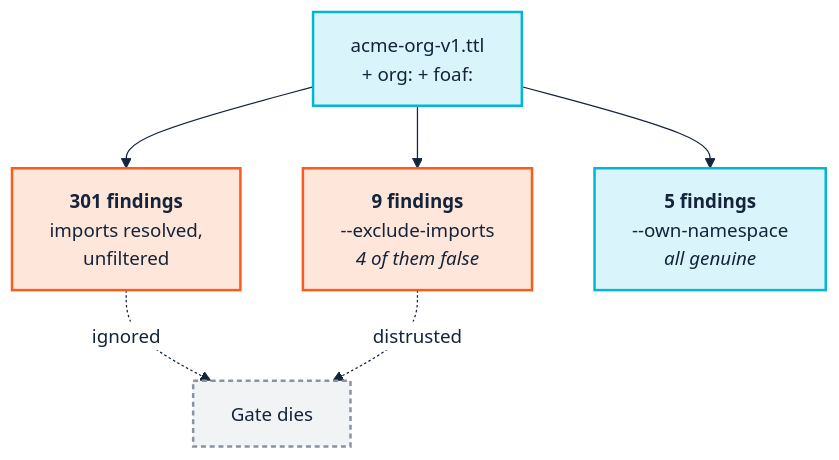
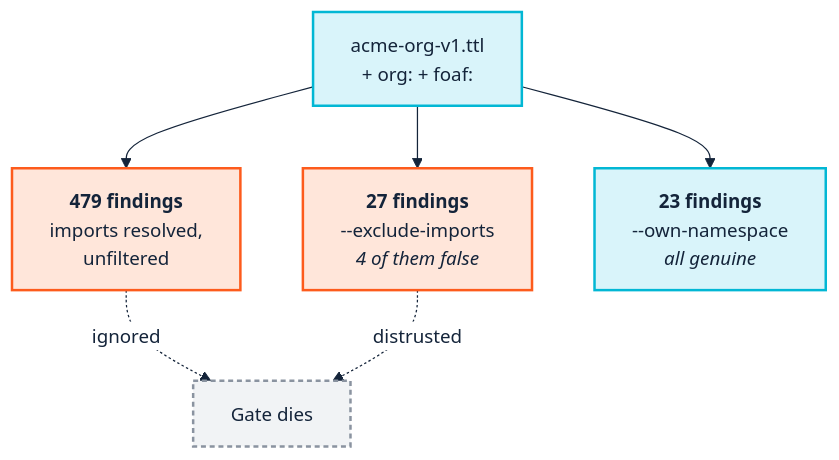
The diagram in docs/09-continuous-integration.md (pwin/SemOpsManual), drawn with Mermaid before and after one commit. The commit also changed other lines of this file and 8 other files, not shown here.

````diff
--- a/docs/09-continuous-integration.md
+++ b/docs/09-continuous-integration.md
@@ -185,24 +200,24 @@
 ```mermaid
 %%{init: {'theme':'base','themeVariables':{
   'fontSize':'15px','fontFamily':'Segoe UI, Helvetica, Arial, sans-serif',
   'lineColor':'#14243A','primaryTextColor':'#14243A',
   'edgeLabelBackground':'#FFFFFF'}}}%%
 flowchart TD
     ONT["acme-org-v1.ttl<br/>+ org: + foaf:"]
 
-    A["<b>301 findings</b><br/>imports resolved,<br/>unfiltered"]
-    B["<b>9 findings</b><br/>--exclude-imports<br/><i>4 of them false</i>"]
-    C["<b>5 findings</b><br/>--own-namespace<br/><i>all genuine</i>"]
+    A["<b>479 findings</b><br/>imports resolved,<br/>unfiltered"]
+    B["<b>27 findings</b><br/>--exclude-imports<br/><i>4 of them false</i>"]
+    C["<b>23 findings</b><br/>--own-namespace<br/><i>all genuine</i>"]
 
     ONT --> A
     ONT --> B
     ONT --> C
 
     A -.->|"ignored"| DEAD["Gate dies"]
     B -.->|"distrusted"| DEAD
 
     classDef ci fill:#D9F4FA,stroke:#02B7D4,stroke-width:2px,color:#14243A;
     classDef human fill:#FFE6DA,stroke:#FD5B1C,stroke-width:2px,color:#14243A;
     classDef gap fill:#F1F3F5,stroke:#8A93A0,stroke-width:2px,color:#14243A,stroke-dasharray:4 3;
     class ONT ci; class A,B human; class C ci; class DEAD gap;
 ```
````
